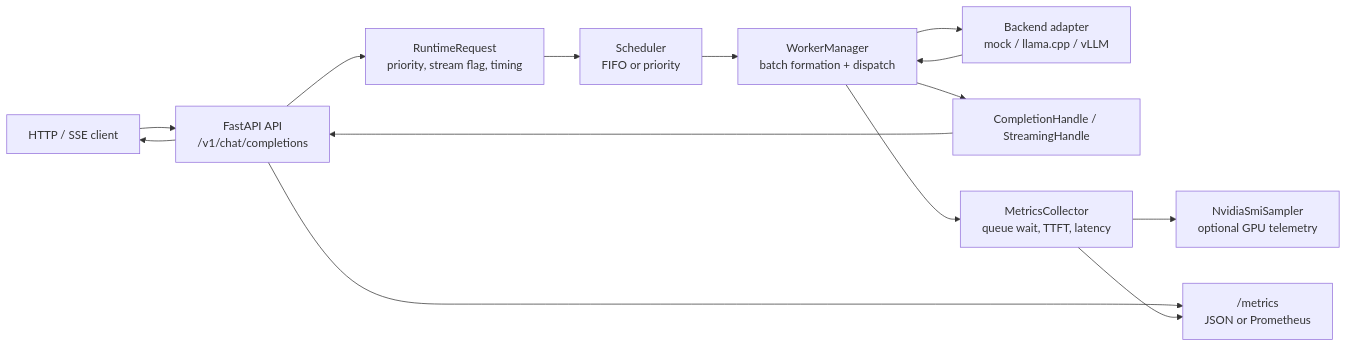
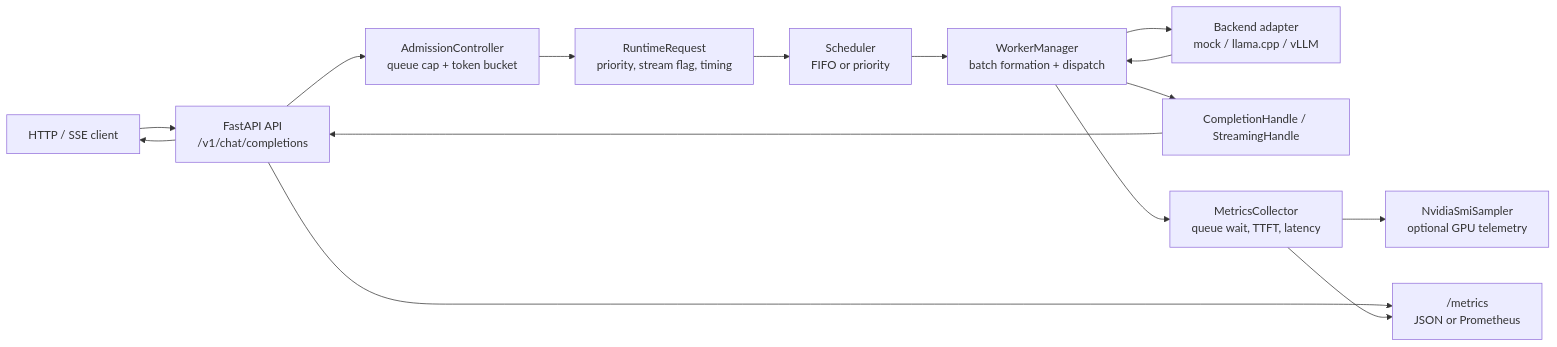
The diagram in README.md (KiriSchrieffer/llm-serving-runtime), drawn with Mermaid before and after one commit. The commit also changed other lines of this file and 12 other files, not shown here.

````diff
--- a/README.md
+++ b/README.md
@@ -22,16 +22,17 @@
 ```mermaid
 flowchart LR
     Client["HTTP / SSE client"] --> API["FastAPI API<br/>/v1/chat/completions"]
-    API --> Request["RuntimeRequest<br/>priority, stream flag, timing"]
+    API --> Admission["AdmissionController<br/>queue cap + token bucket"]
+    Admission --> Request["RuntimeRequest<br/>priority, stream flag, timing"]
     Request --> Scheduler["Scheduler<br/>FIFO or priority"]
     Scheduler --> Worker["WorkerManager<br/>batch formation + dispatch"]
     Worker --> Backend["Backend adapter<br/>mock / llama.cpp / vLLM"]
     Backend --> Worker
     Worker --> Handles["CompletionHandle / StreamingHandle"]
     Handles --> API
     API --> Client
     Worker --> Metrics["MetricsCollector<br/>queue wait, TTFT, latency"]
     Metrics --> GPU["NvidiaSmiSampler<br/>optional GPU telemetry"]
     API --> MetricsEndpoint["/metrics<br/>JSON or Prometheus"]
     Metrics --> MetricsEndpoint
 ```
````
